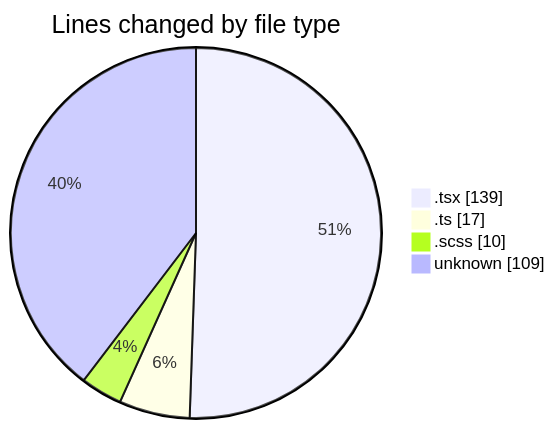
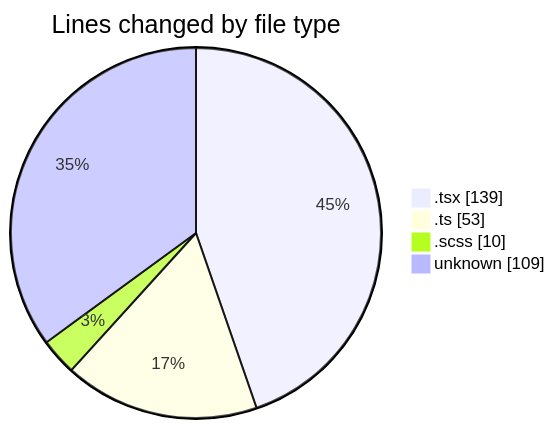
Before and after one commit to momahboobian/code-tracking: the first of 2 diagrams in 2026-04-15/cda/README.md, drawn with Mermaid. The commit also changed other lines of this file and 1 other file, not shown here.

````diff
--- a/2026-04-15/cda/README.md
+++ b/2026-04-15/cda/README.md
@@ -28,8 +28,8 @@
 ```mermaid
 pie showData
 title Lines changed by file type
 ".tsx" : 139
-".ts" : 17
+".ts" : 53
 ".scss" : 10
 "unknown" : 109
 ```
````
